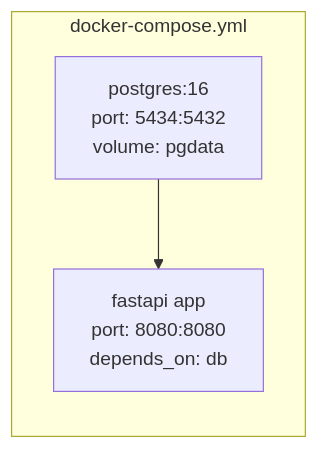
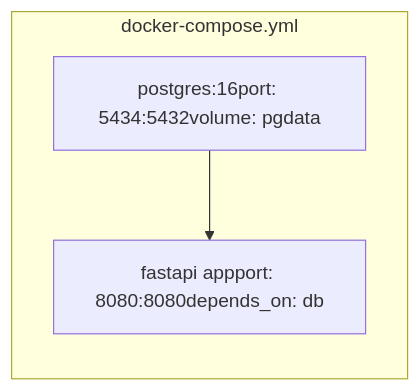
Before and after one commit to EnterNAthan/RaceTyper: diagram 15 of 17 in ARCHITECTURE.md, drawn with Mermaid. The commit also changed other lines of this file, not shown here.

Commit message:
fix architecture markdown

````diff
--- a/ARCHITECTURE.md
+++ b/ARCHITECTURE.md
@@ -593,8 +603,8 @@
 ```mermaid
 graph LR
     subgraph "docker-compose.yml"
-        DB["postgres:16\nport: 5434:5432\nvolume: pgdata"]
-        APP["fastapi app\nport: 8080:8080\ndepends_on: db"]
+        DB["postgres:16port: 5434:5432volume: pgdata"]
+        APP["fastapi appport: 8080:8080depends_on: db"]
         DB --> APP
     end
 ```
````
